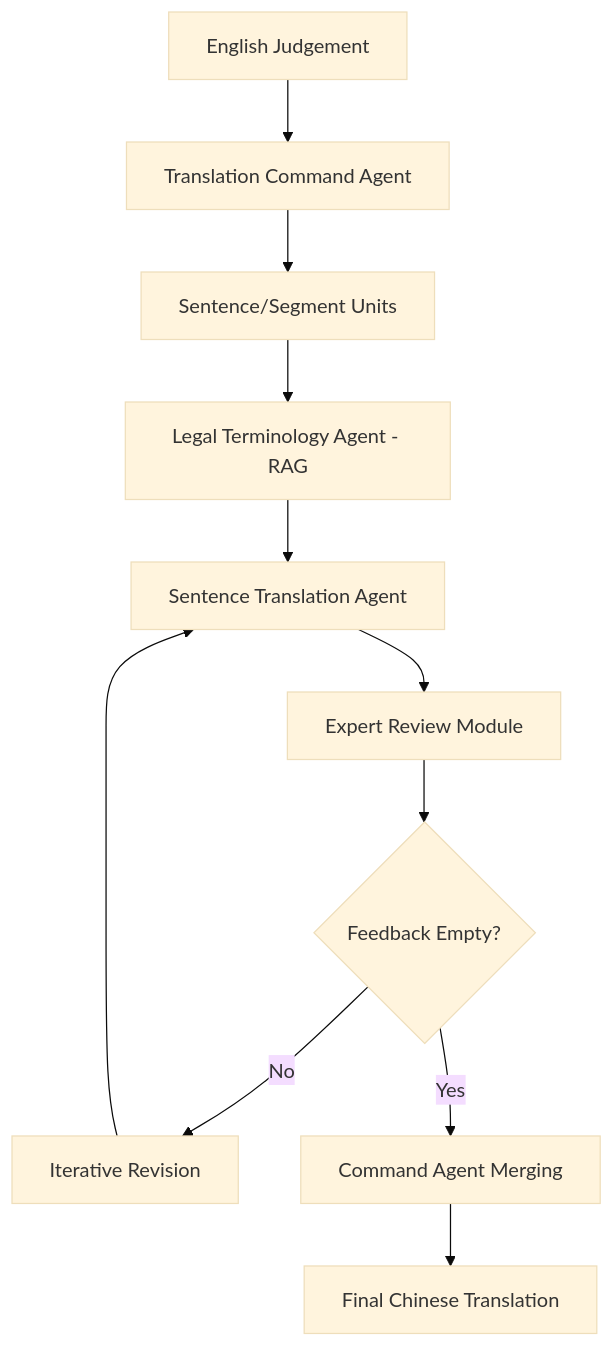
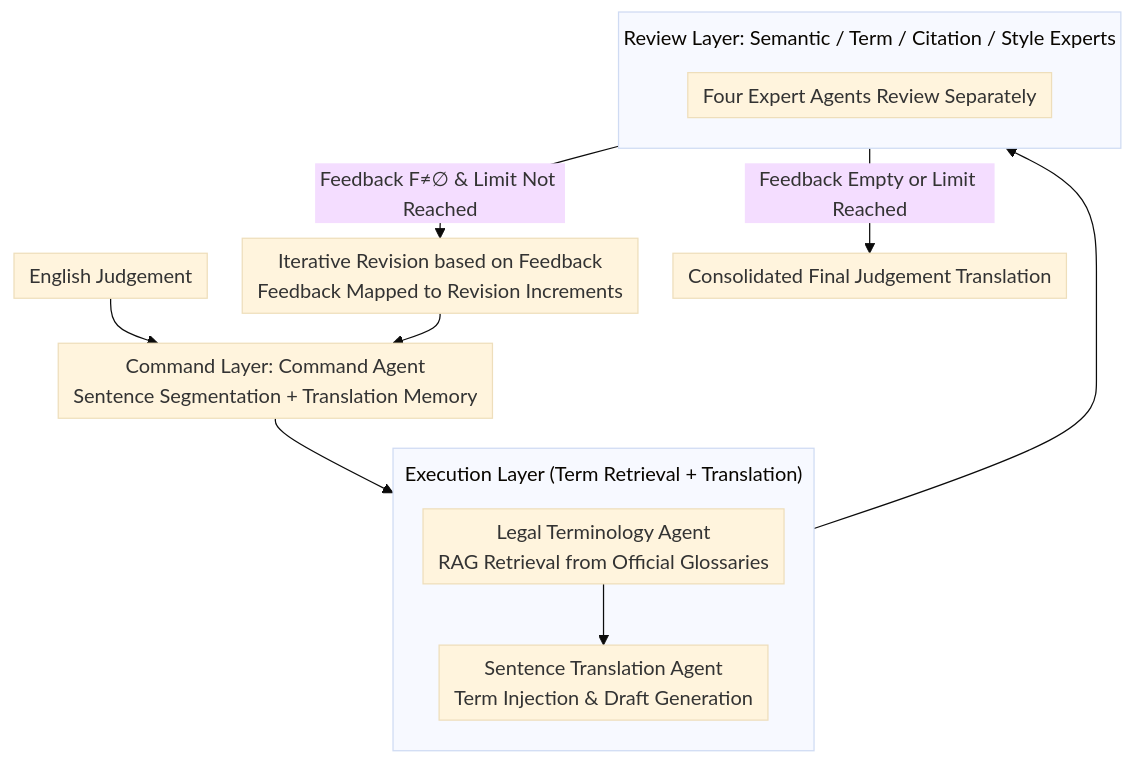
One commit to zhaoyang97/Paper-Notes-en changed the diagram in docs/ACL2026/multilingual_mt/translaw_a_large-scale_dataset_and_multi-agent_benchmark_simulating_professional.md. Above: the diagram before and after it, drawn with Mermaid (base theme). The commit also changed other lines of this file and 8366 other files, not shown here.

````diff
--- a/docs/ACL2026/multilingual_mt/translaw_a_large-scale_dataset_and_multi-agent_benchmark_simulating_professional.md
+++ b/docs/ACL2026/multilingual_mt/translaw_a_large-scale_dataset_and_multi-agent_benchmark_simulating_professional.md
@@ -48,13 +43,18 @@
 ```mermaid
-graph TD
-    A[English Judgement] --> B[Translation Command Agent]
-    B --> C[Sentence/Segment Units]
-    C --> D[Legal Terminology Agent - RAG]
-    D --> E[Sentence Translation Agent]
-    E --> F[Expert Review Module]
-    F --> G{Feedback Empty?}
-    G -- No --> H[Iterative Revision]
-    H --> E
-    G -- Yes --> I[Command Agent Merging]
-    I --> J[Final Chinese Translation]
+%%{init: {'flowchart': {'rankSpacing': 24, 'nodeSpacing': 28, 'padding': 6, 'wrappingWidth': 400, 'subGraphTitleMargin': {'top': 8, 'bottom': 16}}}}%%
+flowchart TD
+    A["English Judgement"] --> B["Command Layer: Command Agent<br/>Sentence Segmentation + Translation Memory"]
+    subgraph EXEC["Execution Layer (Term Retrieval + Translation)"]
+        direction TB
+        C["Legal Terminology Agent<br/>RAG Retrieval from Official Glossaries"] --> D["Sentence Translation Agent<br/>Term Injection & Draft Generation"]
+    end
+    subgraph REVIEW["Review Layer: Semantic / Term / Citation / Style Experts"]
+        direction TB
+        E["Four Expert Agents Review Separately"]
+    end
+    B --> C
+    D --> E
+    E -->|"Feedback F≠∅ & Limit Not Reached"| F["Iterative Revision based on Feedback<br/>Feedback Mapped to Revision Increments"]
+    F --> B
+    E -->|"Feedback Empty or Limit Reached"| G["Consolidated Final Judgement Translation"]
 ```
````
